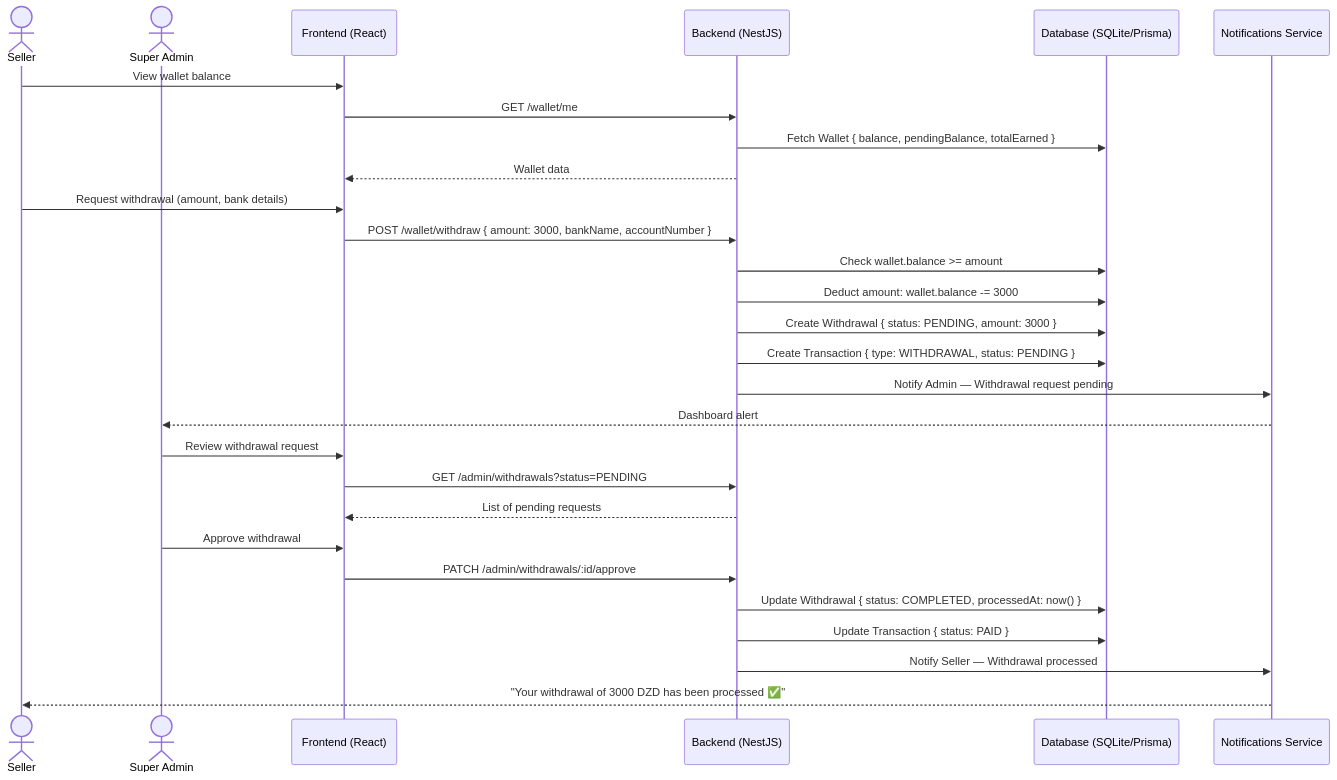
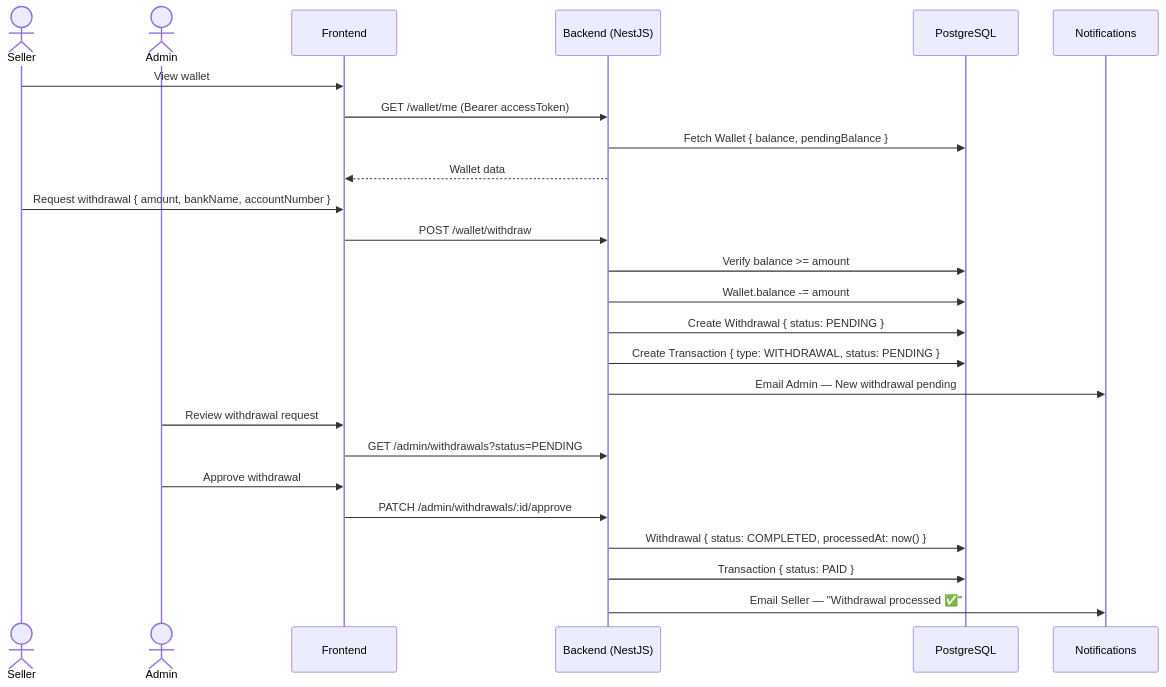
Before and after one commit to tayeb736/prohect12: the eighth of 10 diagrams in diagrams/02_sequence_diagram.md, drawn with Mermaid. The commit also changed other lines of this file and 7 other files, not shown here.

Commit message:
docs: update all UML diagrams — add PostgreSQL, Redis, S3, Stripe, SendGrid, KYC, Swagger per readme2 & README3

````diff
--- a/diagrams/02_sequence_diagram.md
+++ b/diagrams/02_sequence_diagram.md
@@ -275,35 +286,30 @@
 ```mermaid
 sequenceDiagram
   actor Seller
-  actor Admin as Super Admin
-  participant Browser as Frontend (React)
+  actor Admin
+  participant Browser as Frontend
   participant API as Backend (NestJS)
-  participant DB as Database (SQLite/Prisma)
-  participant Notif as Notifications Service
+  participant DB as PostgreSQL
+  participant Notif as Notifications
 
-  Seller->>Browser: View wallet balance
-  Browser->>API: GET /wallet/me
-  API->>DB: Fetch Wallet { balance, pendingBalance, totalEarned }
+  Seller->>Browser: View wallet
+  Browser->>API: GET /wallet/me (Bearer accessToken)
+  API->>DB: Fetch Wallet { balance, pendingBalance }
   API-->>Browser: Wallet data
 
-  Seller->>Browser: Request withdrawal (amount, bank details)
-  Browser->>API: POST /wallet/withdraw { amount: 3000, bankName, accountNumber }
-  
-  API->>DB: Check wallet.balance >= amount
-  API->>DB: Deduct amount: wallet.balance -= 3000
-  API->>DB: Create Withdrawal { status: PENDING, amount: 3000 }
+  Seller->>Browser: Request withdrawal { amount, bankName, accountNumber }
+  Browser->>API: POST /wallet/withdraw
+  API->>DB: Verify balance >= amount
+  API->>DB: Wallet.balance -= amount
+  API->>DB: Create Withdrawal { status: PENDING }
   API->>DB: Create Transaction { type: WITHDRAWAL, status: PENDING }
-  API->>Notif: Notify Admin — Withdrawal request pending
-  Notif-->>Admin: Dashboard alert
+  API->>Notif: Email Admin — New withdrawal pending
 
   Admin->>Browser: Review withdrawal request
   Browser->>API: GET /admin/withdrawals?status=PENDING
-  API-->>Browser: List of pending requests
-
   Admin->>Browser: Approve withdrawal
   Browser->>API: PATCH /admin/withdrawals/:id/approve
-  API->>DB: Update Withdrawal { status: COMPLETED, processedAt: now() }
-  API->>DB: Update Transaction { status: PAID }
-  API->>Notif: Notify Seller — Withdrawal processed
-  Notif-->>Seller: "Your withdrawal of 3000 DZD has been processed ✅"
+  API->>DB: Withdrawal { status: COMPLETED, processedAt: now() }
+  API->>DB: Transaction { status: PAID }
+  API->>Notif: Email Seller — "Withdrawal processed ✅"
 ```
````
